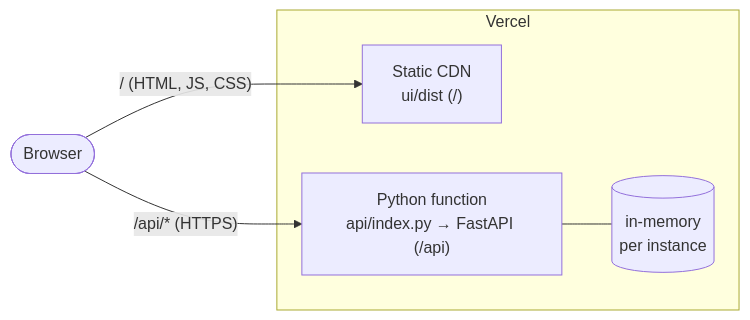
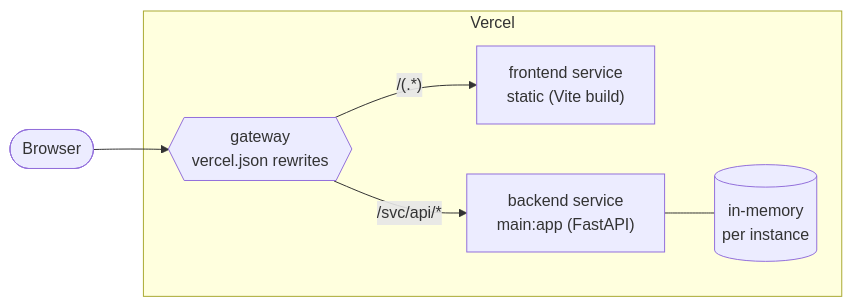
One commit to rishabh750/quiz changed the second of 5 diagrams in docs/ARCHITECTURE.md. Above: the diagram before and after it, drawn with Mermaid. The commit also changed other lines of this file and 48 other files, not shown here.

````diff
--- a/docs/ARCHITECTURE.md
+++ b/docs/ARCHITECTURE.md
@@ -47,12 +48,14 @@
 ```mermaid
 graph LR
   User(["Browser"])
   subgraph Vercel
-    CDN["Static CDN<br/>ui/dist (/)"]
-    FN["Python function<br/>api/index.py → FastAPI (/api)"]
+    GWY{{"gateway<br/>vercel.json rewrites"}}
+    FE["frontend service<br/>static (Vite build)"]
+    BE["backend service<br/>main:app (FastAPI)"]
     MEM[("in-memory<br/>per instance")]
-    FN --- MEM
+    BE --- MEM
   end
-  User -->|"/ (HTML, JS, CSS)"| CDN
-  User -->|"/api/* (HTTPS)"| FN
+  User --> GWY
+  GWY -->|"/svc/api/*"| BE
+  GWY -->|"/(.*)"| FE
 ```
````
